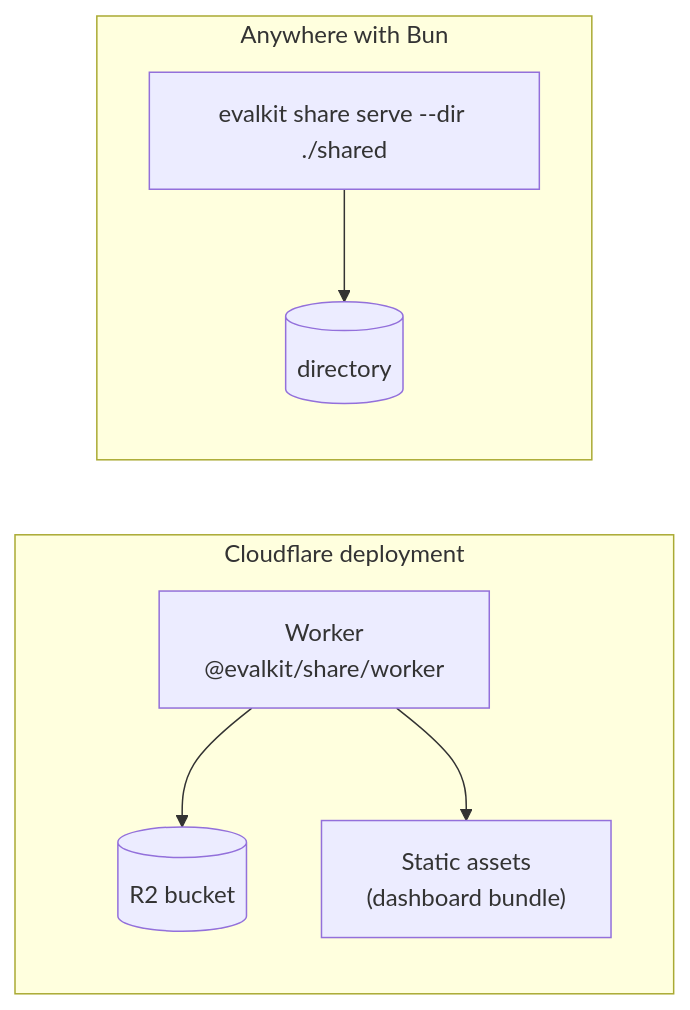
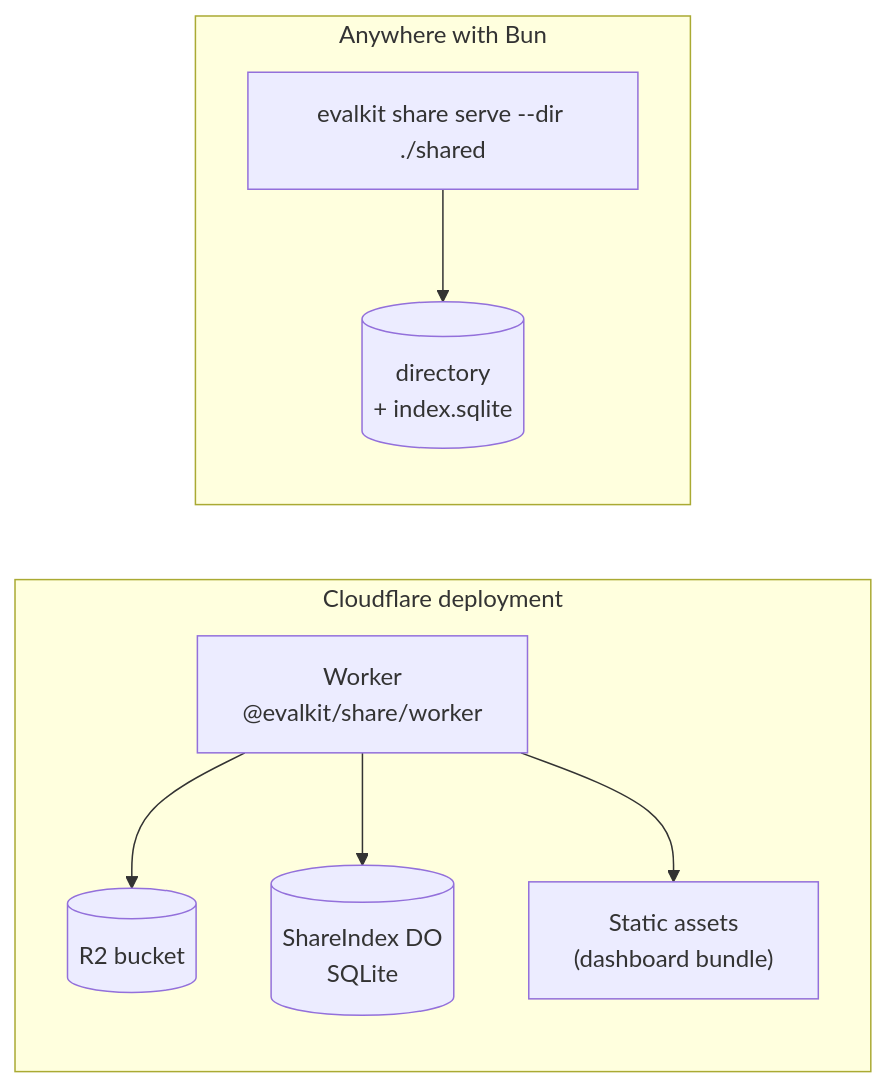
The eighth of 9 diagrams in docs/rfds/RFD0006-commit-provenance-and-share-server.md (leostera/evalkit), drawn with Mermaid before and after one commit. The commit also changed other lines of this file, not shown here.

First line of the commit message:
docs(rfd): RFD0006 index share metadata in a Durable Object

````diff
--- a/docs/rfds/RFD0006-commit-provenance-and-share-server.md
+++ b/docs/rfds/RFD0006-commit-provenance-and-share-server.md
@@ -299,10 +354,11 @@
 ```mermaid
 flowchart LR
   subgraph worker["Cloudflare deployment"]
     W["Worker<br/>@evalkit/share/worker"] --> R2[("R2 bucket")]
+    W --> DOi[("ShareIndex DO<br/>SQLite")]
     W --> A["Static assets<br/>(dashboard bundle)"]
   end
   subgraph bun["Anywhere with Bun"]
-    Bn["evalkit share serve --dir ./shared"] --> D[("directory")]
+    Bn["evalkit share serve --dir ./shared"] --> D[("directory<br/>+ index.sqlite")]
   end
 ```
````
